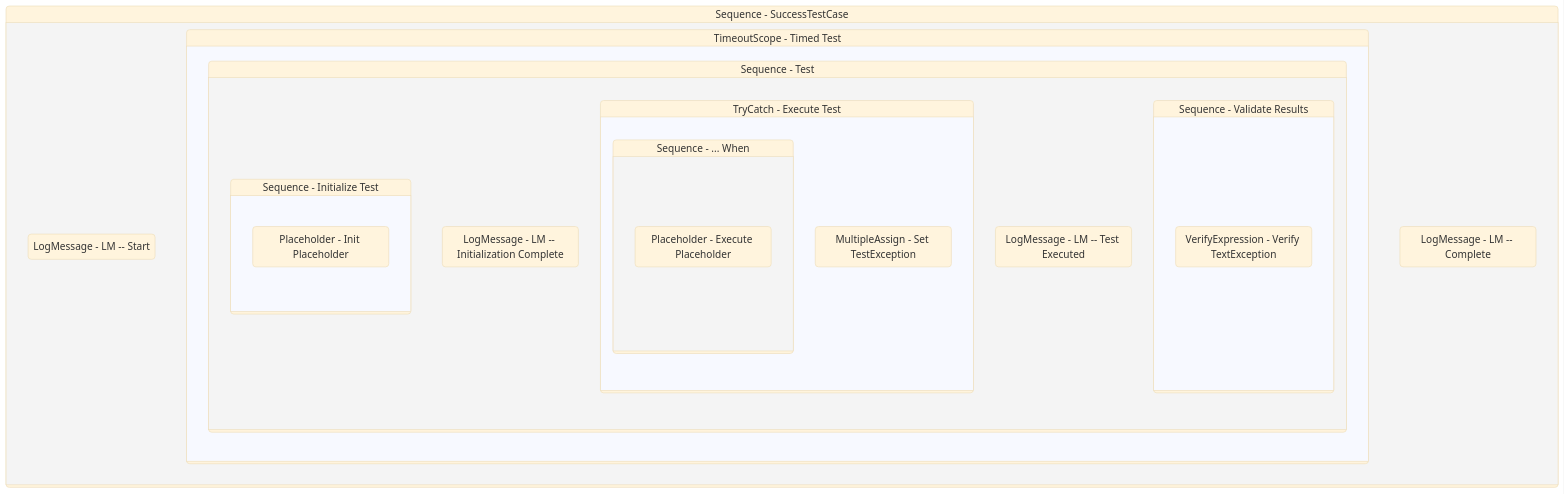
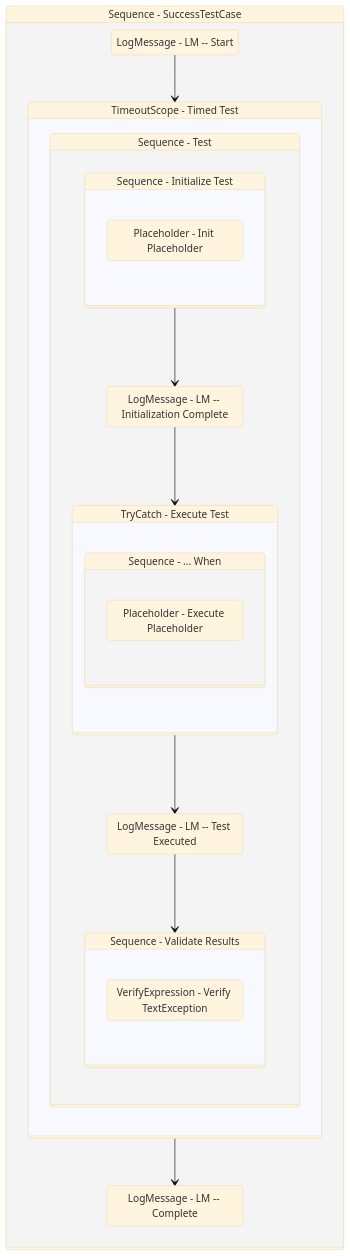
Before and after one commit to yashbrahmbhatt/LazyFramework: the diagram in Documentation/.templates/Tests/NoDataSource/SuccessTestCase.md, drawn with Mermaid (base theme). The commit also changed 78 other files, not shown here.

Commit message:
added handling of ifs in autodocs mermaid

````diff
--- a/Documentation/.templates/Tests/NoDataSource/SuccessTestCase.md
+++ b/Documentation/.templates/Tests/NoDataSource/SuccessTestCase.md
@@ -133,47 +133,49 @@
 ```mermaid
 stateDiagram-v2
 
 
 Sequence_1: Sequence - SuccessTestCase
 state Sequence_1 {
 direction TB
 LogMessage_1 : LogMessage - LM -- Start
-
+LogMessage_1 --> TimeoutScope_1
 TimeoutScope_1: TimeoutScope - Timed Test
 state TimeoutScope_1 {
 direction TB
 
 Sequence_5: Sequence - Test
 state Sequence_5 {
 direction TB
 
 Sequence_2: Sequence - Initialize Test
 state Sequence_2 {
 direction TB
 Placeholder_1 : Placeholder - Init Placeholder
 }
 LogMessage_2 : LogMessage - LM -- Initialization Complete
-
+Sequence_2 --> LogMessage_2
+LogMessage_2 --> TryCatch_1
 TryCatch_1: TryCatch - Execute Test
 state TryCatch_1 {
 direction TB
 
 Sequence_3: Sequence - ... When
 state Sequence_3 {
 direction TB
 Placeholder_2 : Placeholder - Execute Placeholder
 }
-MultipleAssign_1 : MultipleAssign - Set TestException
 }
 LogMessage_3 : LogMessage - LM -- Test Executed
-
+TryCatch_1 --> LogMessage_3
+LogMessage_3 --> Sequence_4
 Sequence_4: Sequence - Validate Results
 state Sequence_4 {
 direction TB
 VerifyExpression_5 : VerifyExpression - Verify TextException
 }
 }
 }
 LogMessage_4 : LogMessage - LM -- Complete
+TimeoutScope_1 --> LogMessage_4
 }
 ```
````
